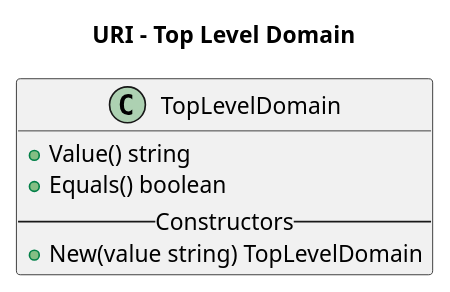
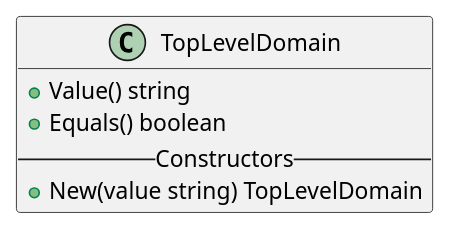
The diagram in diagrams/uri/top-level-domain.puml (attestify/kernel-specification), drawn with PlantUML before and after one commit.

Commit message:
removed title from the image

```diff
--- a/diagrams/uri/top-level-domain.puml
+++ b/diagrams/uri/top-level-domain.puml
@@ -1,12 +1,10 @@
 @startuml
-
-title "URI - Top Level Domain"
 
 class TopLevelDomain {
 + Value() string
 + Equals() boolean
 -- Constructors --
 + New(value string) TopLevelDomain
 }
 
 @enduml
```
